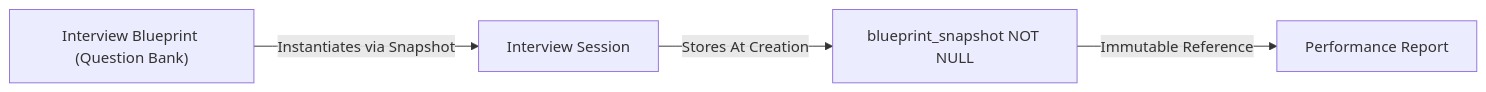
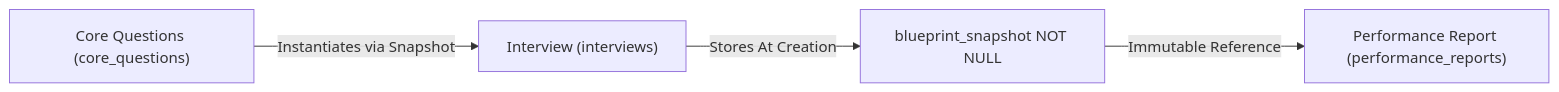
One commit to cog-forge/role-cue-brain changed the diagram in 02_System/Data-Relationships.md. Above: the diagram before and after it, drawn with Mermaid. The commit also changed other lines of this file and 16 other files, not shown here.

````diff
--- a/02_System/Data-Relationships.md
+++ b/02_System/Data-Relationships.md
@@ -51,6 +48,6 @@
 ```mermaid
 flowchart LR
-    BP["Interview Blueprint (Question Bank)"] -->|"Instantiates via Snapshot"| SESS["Interview Session"]
+    BP["Core Questions (core_questions)"] -->|"Instantiates via Snapshot"| SESS["Interview (interviews)"]
     SESS -->|"Stores At Creation"| SNAP["blueprint_snapshot NOT NULL"]
-    SNAP -->|"Immutable Reference"| REP["Performance Report"]
+    SNAP -->|"Immutable Reference"| REP["Performance Report (performance_reports)"]
 ```
````
